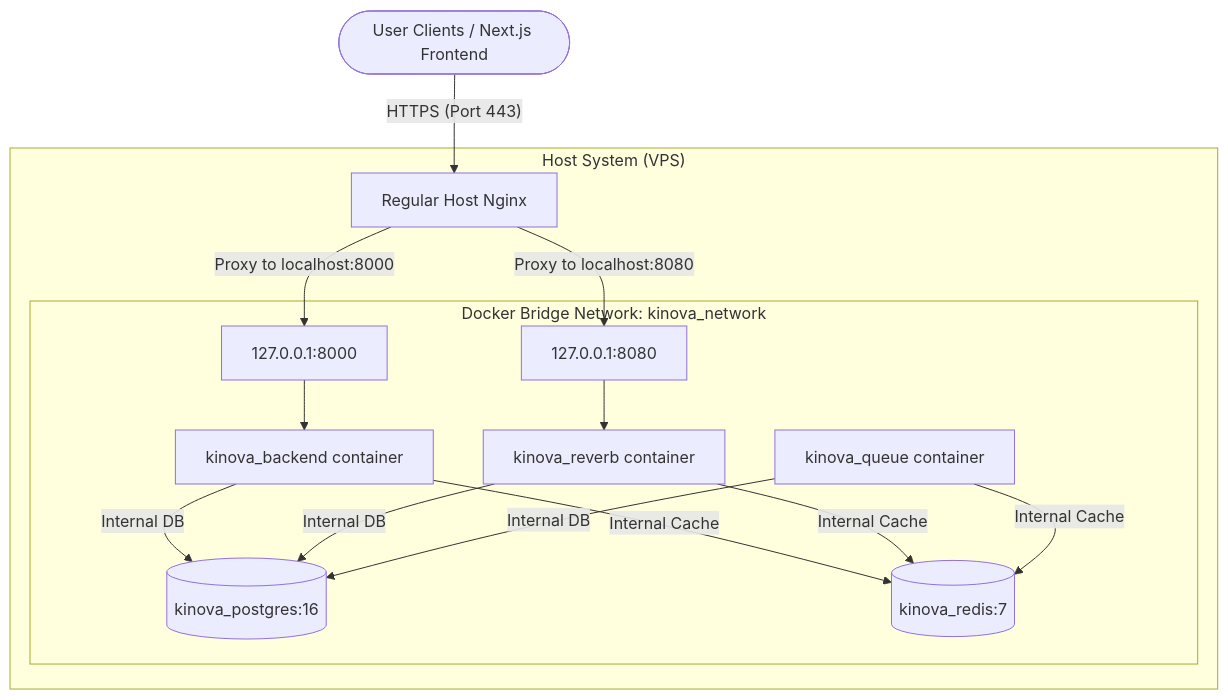
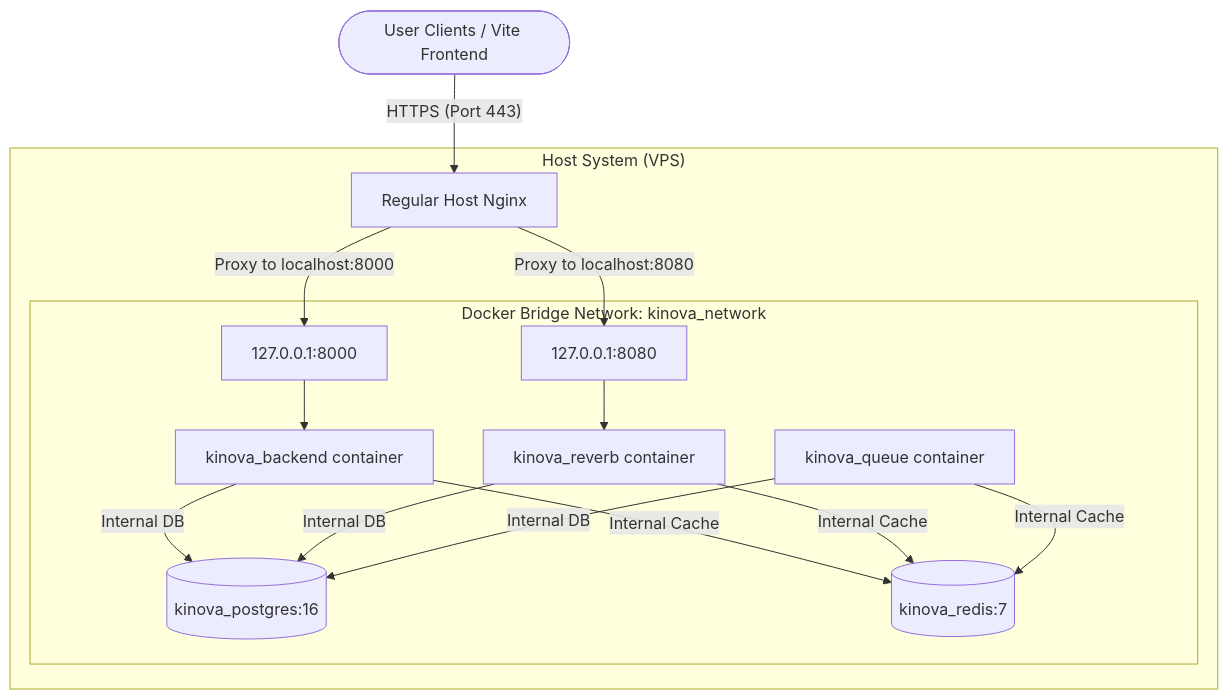
One commit to MalvinMs/family-trees changed the diagram in deploy/production.md. Above: the diagram before and after it, drawn with Mermaid. The commit also changed other lines of this file and 54 other files, not shown here.

Commit message:
feat(migration): complete migration from Next.js to Vite React SPA with Poppins font

````diff
--- a/deploy/production.md
+++ b/deploy/production.md
@@ -11,23 +11,23 @@
 ```mermaid
 graph TD
     %% Public Access
-    User([User Clients / Next.js Frontend]) -- "HTTPS (Port 443)" --> HostNginx[Regular Host Nginx]
+    User([User Clients / Vite Frontend]) -- "HTTPS (Port 443)" --> HostNginx[Regular Host Nginx]
     
     subgraph "Host System (VPS)"
         HostNginx -- "Proxy to localhost:8000" --> Port8000[127.0.0.1:8000]
         HostNginx -- "Proxy to localhost:8080" --> Port8080[127.0.0.1:8080]
         
         subgraph "Docker Bridge Network: kinova_network"
             Port8000 --> kinova_backend[kinova_backend container]
             Port8080 --> kinova_reverb[kinova_reverb container]
             
             kinova_backend -- "Internal DB" --> kinova_postgres[(kinova_postgres:16)]
             kinova_backend -- "Internal Cache" --> kinova_redis[(kinova_redis:7)]
             kinova_reverb -- "Internal DB" --> kinova_postgres
             kinova_reverb -- "Internal Cache" --> kinova_redis
             
             kinova_queue[kinova_queue container] -- "Internal DB" --> kinova_postgres
             kinova_queue -- "Internal Cache" --> kinova_redis
         end
     end
 ```
````
